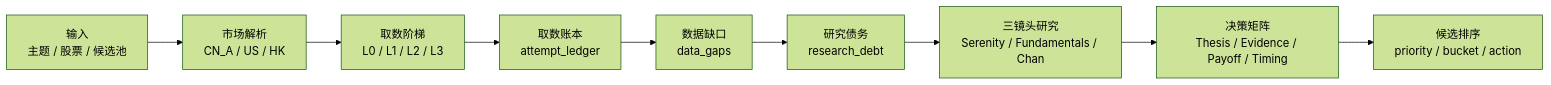
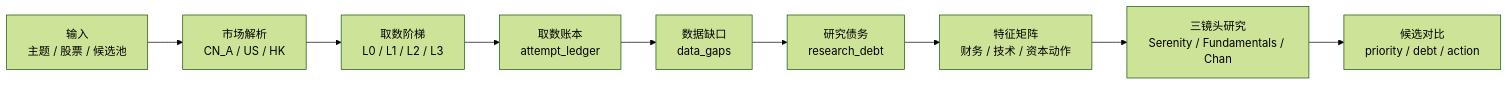
One commit to lucisxu6-cpu/serenity-chan changed the first of 2 diagrams in README.md. Above: the diagram before and after it, drawn with Mermaid (forest theme). The commit also changed other lines of this file and 32 other files, not shown here.

````diff
--- a/README.md
+++ b/README.md
@@ -22,11 +22,11 @@
 ```mermaid
 flowchart LR
   A["输入<br/>主题 / 股票 / 候选池"] --> B["市场解析<br/>CN_A / US / HK"]
   B --> C["取数阶梯<br/>L0 / L1 / L2 / L3"]
   C --> D["取数账本<br/>attempt_ledger"]
   D --> E["数据缺口<br/>data_gaps"]
   E --> F["研究债务<br/>research_debt"]
-  F --> G["三镜头研究<br/>Serenity / Fundamentals / Chan"]
-  G --> H["决策矩阵<br/>Thesis / Evidence / Payoff / Timing"]
-  H --> I["候选排序<br/>priority / bucket / action"]
+  F --> G["特征矩阵<br/>财务 / 技术 / 资本动作"]
+  G --> H["三镜头研究<br/>Serenity / Fundamentals / Chan"]
+  H --> I["候选对比<br/>priority / debt / action"]
 ```
````
